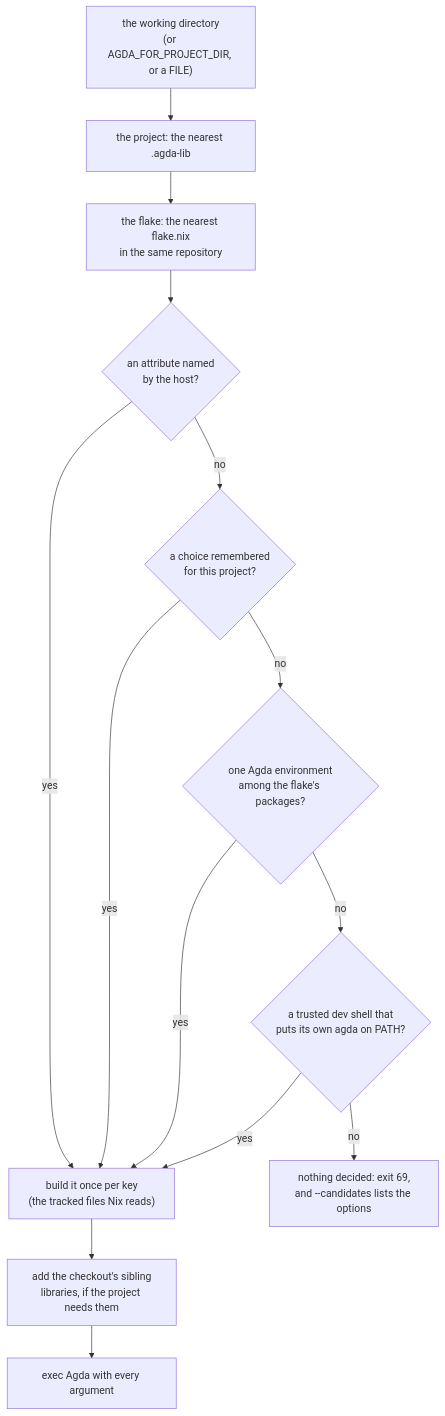
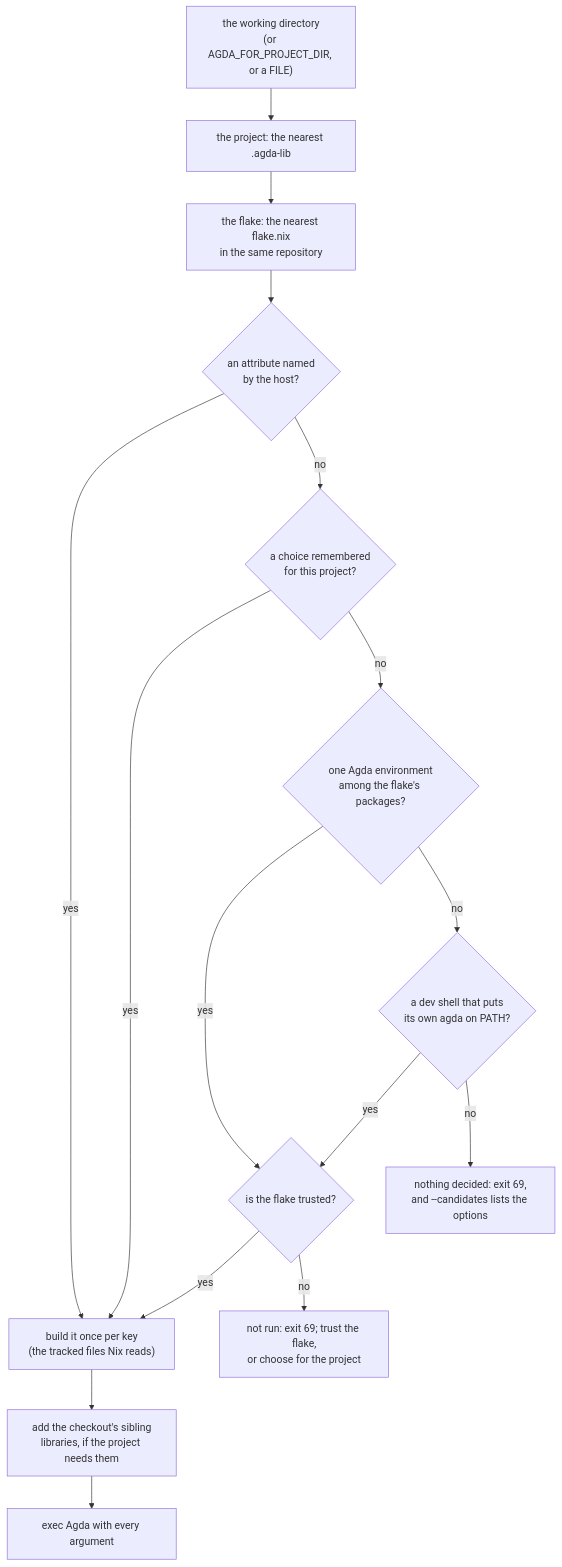
Before and after one commit to formalverification/agda-native-ide: the diagram in docs/notes/project-agda.md, drawn with Mermaid. The commit also changed other lines of this file and 2 other files, not shown here.

First line of the commit message:
Record the second review's fixes in ADR 0004, its note, and a record

````diff
--- a/docs/notes/project-agda.md
+++ b/docs/notes/project-agda.md
@@ -50,24 +50,28 @@
 ```mermaid
 flowchart TD
   start["the working directory<br/>(or AGDA_FOR_PROJECT_DIR, or a FILE)"]
   project["the project: the nearest .agda-lib"]
   flake["the flake: the nearest flake.nix<br/>in the same repository"]
   attr{"an attribute named<br/>by the host?"}
   choice{"a choice remembered<br/>for this project?"}
   env{"one Agda environment<br/>among the flake's packages?"}
-  shell{"a trusted dev shell that<br/>puts its own agda on PATH?"}
+  shell{"a dev shell that puts<br/>its own agda on PATH?"}
+  trust{"is the flake trusted?"}
+  untrusted["not run: exit 69; trust the flake,<br/>or choose for the project"]
   none["nothing decided: exit 69,<br/>and --candidates lists the options"]
   build["build it once per key<br/>(the tracked files Nix reads)"]
   libs["add the checkout's sibling<br/>libraries, if the project needs them"]
   run["exec Agda with every argument"]
   start --> project --> flake --> attr
   attr -- yes --> build
   attr -- no --> choice
   choice -- yes --> build
   choice -- no --> env
-  env -- yes --> build
+  env -- yes --> trust
   env -- no --> shell
-  shell -- yes --> build
+  shell -- yes --> trust
   shell -- no --> none
+  trust -- yes --> build
+  trust -- no --> untrusted
   build --> libs --> run
 ```
````
